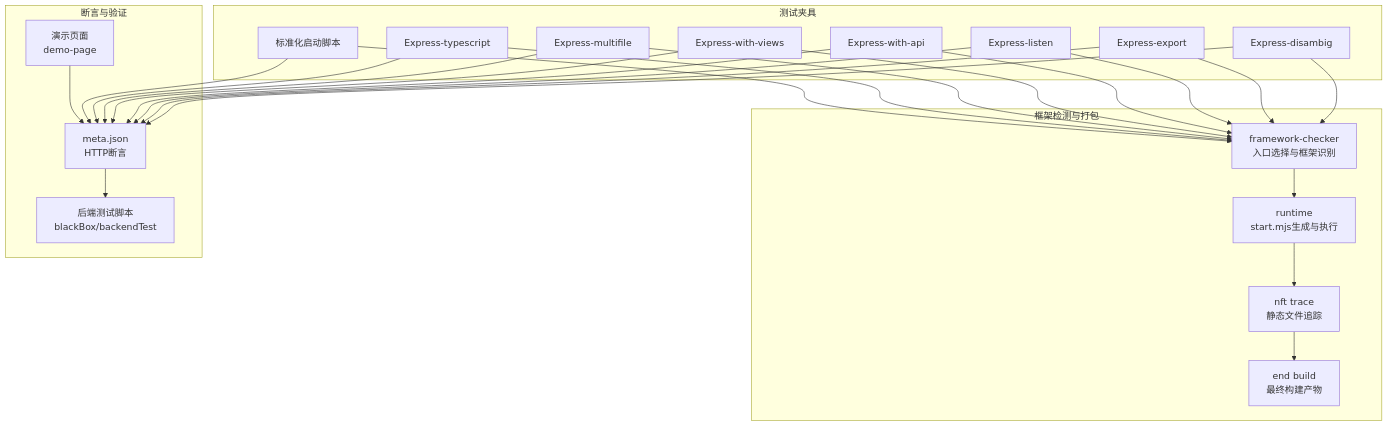
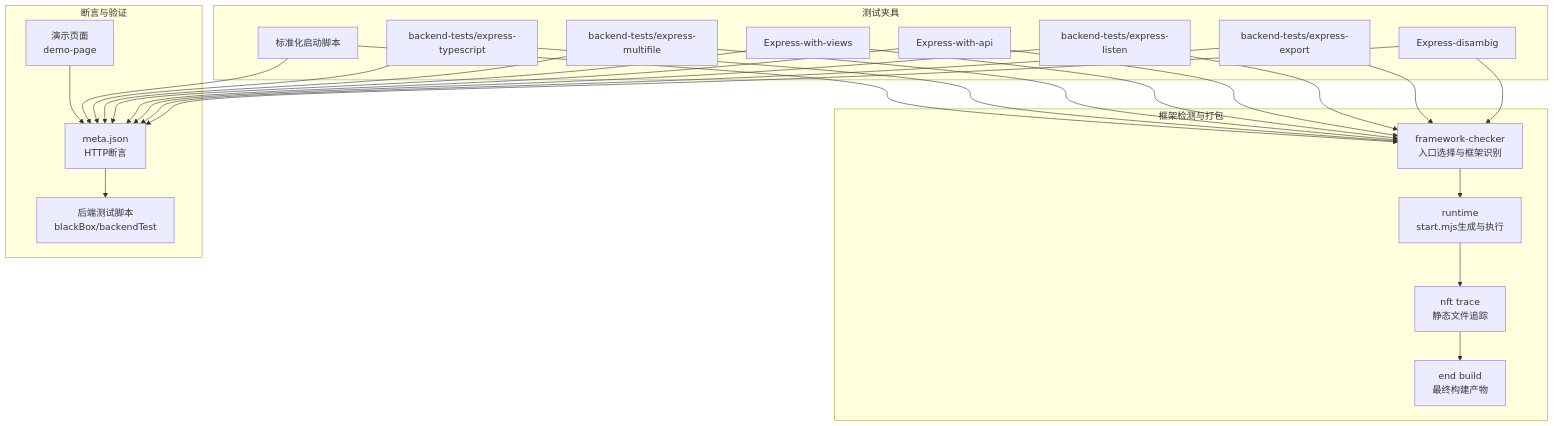
Before and after one commit to esa-sp/test-for-aone-ci: the second of 12 diagrams in .qoder/repowiki/zh/content/后端框架测试/Express框架测试.md, drawn with Mermaid. The commit also changed other lines of this file and 31 other files, not shown here.

Commit message:
feat: redesign all backend-tests fixture pages with framework-specific styles

````diff
--- a/.qoder/repowiki/zh/content/后端框架测试/Express框架测试.md
+++ b/.qoder/repowiki/zh/content/后端框架测试/Express框架测试.md
@@ -142,45 +142,45 @@
 ```mermaid
 graph TB
 subgraph "框架检测与打包"
 FC["framework-checker<br/>入口选择与框架识别"]
 RTM["runtime<br/>start.mjs生成与执行"]
 NFT["nft trace<br/>静态文件追踪"]
 END["end build<br/>最终构建产物"]
 end
 subgraph "测试夹具"
 F1["Express-disambig"]
-F2["Express-export"]
-F3["Express-listen"]
+F2["backend-tests/express-export"]
+F3["backend-tests/express-listen"]
 F4["Express-with-api"]
 F5["Express-with-views"]
-F6["Express-multifile"]
-F7["Express-typescript"]
+F6["backend-tests/express-multifile"]
+F7["backend-tests/express-typescript"]
 F8["标准化启动脚本"]
 end
 subgraph "断言与验证"
 META["meta.json<br/>HTTP断言"]
 BT["后端测试脚本<br/>blackBox/backendTest"]
 DP["演示页面<br/>demo-page"]
 end
 F1 --> FC
 F2 --> FC
 F3 --> FC
 F4 --> FC
 F5 --> FC
 F6 --> FC
 F7 --> FC
 F8 --> FC
 FC --> RTM
 RTM --> NFT
 NFT --> END
 F1 --> META
 F2 --> META
 F3 --> META
 F4 --> META
 F5 --> META
 F6 --> META
 F7 --> META
 F8 --> META
 META --> BT
 DP --> META
 ```
````
